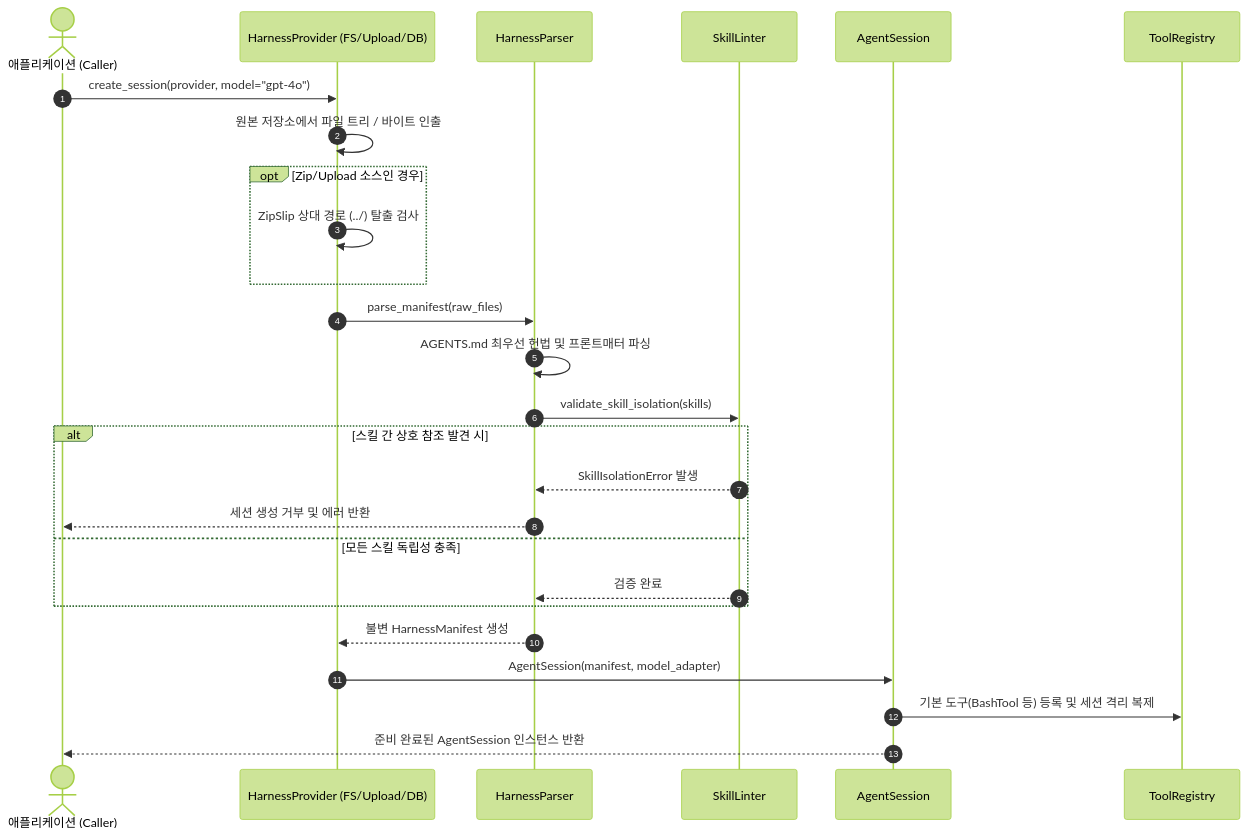
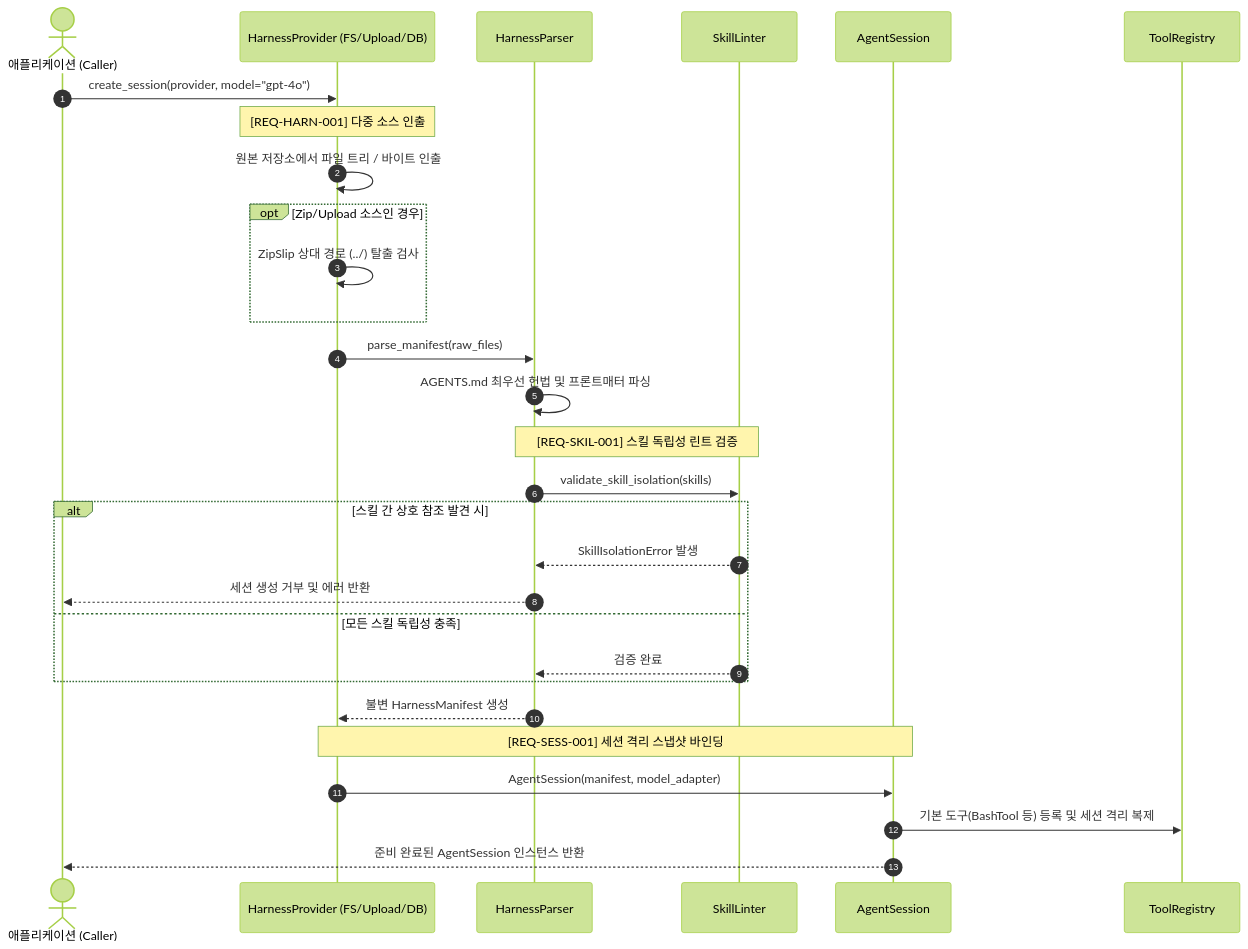
The second of 4 diagrams in docs/archon/system-designer/01_SYSTEM_DESIGN.md (ozplayground/python-package), drawn with Mermaid (forest theme) before and after one commit. The commit also changed other lines of this file and 5 other files, not shown here.

````diff
--- a/docs/archon/system-designer/01_SYSTEM_DESIGN.md
+++ b/docs/archon/system-designer/01_SYSTEM_DESIGN.md
@@ -267,31 +268,34 @@
 ```mermaid
 sequenceDiagram
     autonumber
     actor Caller as 애플리케이션 (Caller)
     participant Provider as HarnessProvider (FS/Upload/DB)
     participant Parser as HarnessParser
     participant Linter as SkillLinter
     participant Session as AgentSession
     participant Tools as ToolRegistry
 
     Caller->>Provider: create_session(provider, model="gpt-4o")
+    Note over Provider: [REQ-HARN-001] 다중 소스 인출
     Provider->>Provider: 원본 저장소에서 파일 트리 / 바이트 인출
     opt Zip/Upload 소스인 경우
         Provider->>Provider: ZipSlip 상대 경로 (../) 탈출 검사
     end
     Provider->>Parser: parse_manifest(raw_files)
     Parser->>Parser: AGENTS.md 최우선 헌법 및 프론트매터 파싱
+    Note over Parser, Linter: [REQ-SKIL-001] 스킬 독립성 린트 검증
     Parser->>Linter: validate_skill_isolation(skills)
     
     alt 스킬 간 상호 참조 발견 시
         Linter-->>Parser: SkillIsolationError 발생
         Parser-->>Caller: 세션 생성 거부 및 에러 반환
     else 모든 스킬 독립성 충족
         Linter-->>Parser: 검증 완료
     end
 
     Parser-->>Provider: 불변 HarnessManifest 생성
+    Note over Provider, Session: [REQ-SESS-001] 세션 격리 스냅샷 바인딩
     Provider->>Session: AgentSession(manifest, model_adapter)
     Session->>Tools: 기본 도구(BashTool 등) 등록 및 세션 격리 복제
     Session-->>Caller: 준비 완료된 AgentSession 인스턴스 반환
 ```
````
